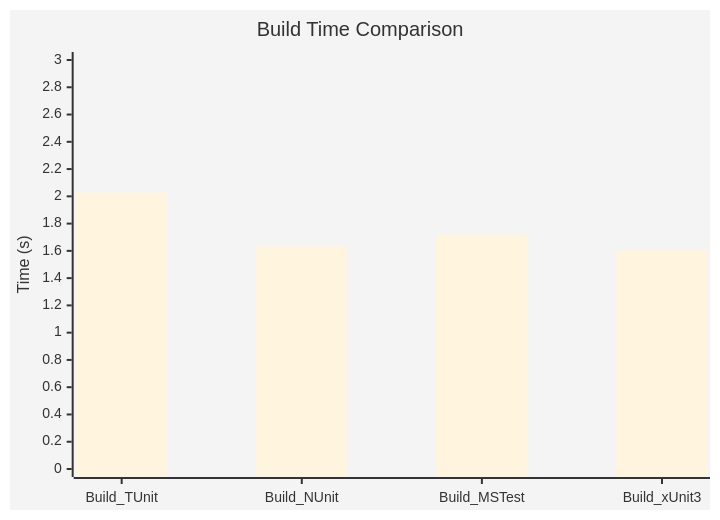
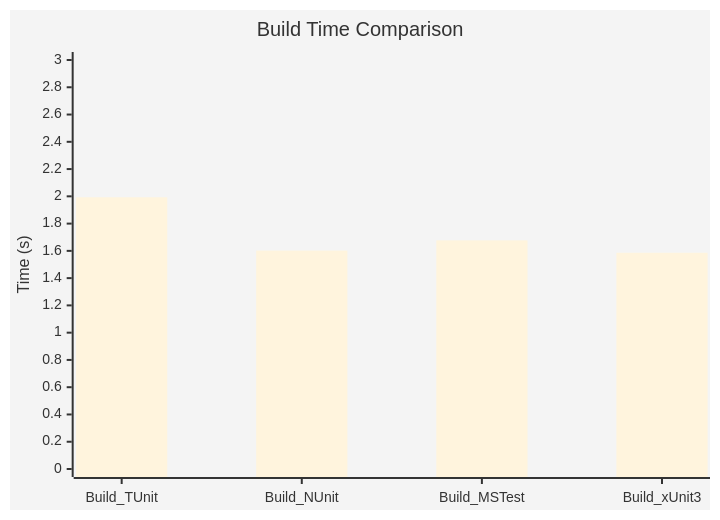
The second of 2 diagrams in docs/docs/benchmarks/index.md (thomhurst/TUnit), drawn with Mermaid before and after one commit. The commit also changed other lines of this file and 2 other files, not shown here.

````diff
--- a/docs/docs/benchmarks/index.md
+++ b/docs/docs/benchmarks/index.md
@@ -51,8 +51,8 @@
 ```mermaid
 %%{init: {'theme':'base'}}%%
 xychart-beta
   title "Build Time Comparison"
   x-axis ["Build_TUnit", "Build_NUnit", "Build_MSTest", "Build_xUnit3"]
   y-axis "Time (s)" 0 --> 3
-  bar [2.025, 1.63, 1.712, 1.6]
+  bar [1.993, 1.602, 1.677, 1.586]
 ```
````
